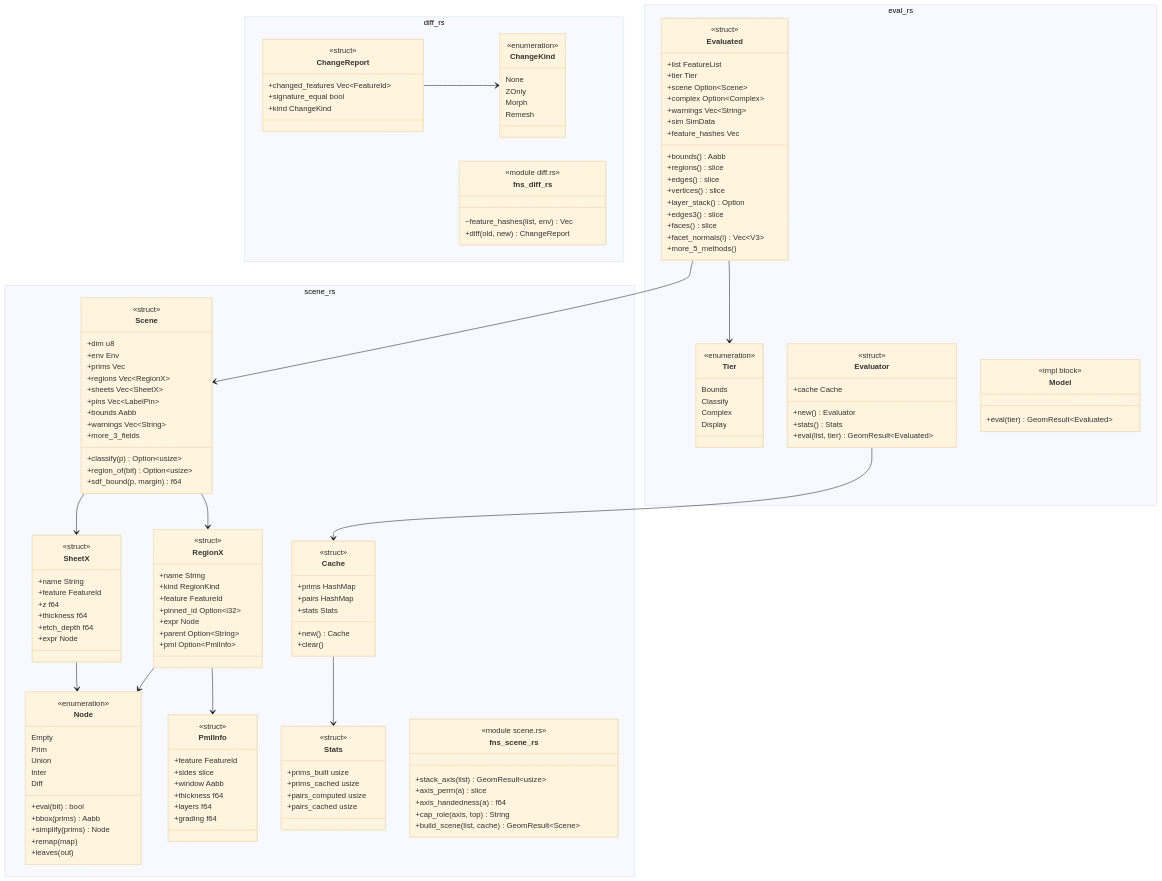
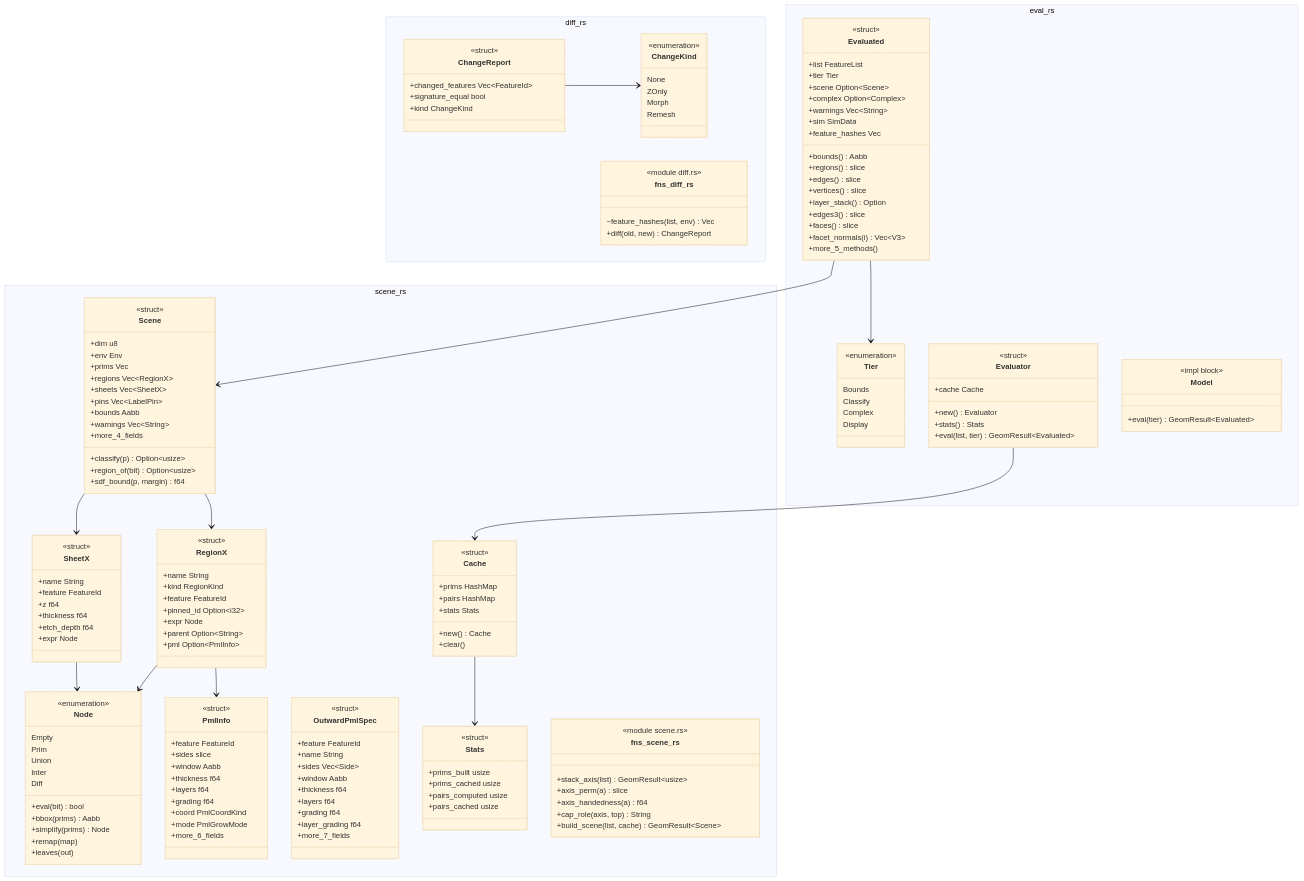
Before and after one commit to p-j-r/nyx: the diagram in docs/architecture/c4/4-code/geom/evaluation.md, drawn with Mermaid (base theme). The commit also changed other lines of this file and 110 other files, not shown here.

```diff
--- a/docs/architecture/c4/4-code/geom/evaluation.md
+++ b/docs/architecture/c4/4-code/geom/evaluation.md
@@ -127,6 +127,21 @@
         +thickness f64
         +layers f64
         +grading f64
+        +coord PmlCoordKind
+        +mode PmlGrowMode
+        +more_6_fields
+    }
+    class OutwardPmlSpec {
+        <<struct>>
+        +feature FeatureId
+        +name String
+        +sides Vec~Side~
+        +window Aabb
+        +thickness f64
+        +layers f64
+        +grading f64
+        +layer_grading f64
+        +more_7_fields
     }
     class RegionX {
         <<struct>>
@@ -157,7 +172,7 @@
         +pins Vec~LabelPin~
         +bounds Aabb
         +warnings Vec~String~
-        +more_3_fields
+        +more_4_fields
         +classify(p) Option~usize~
         +region_of(bit) Option~usize~
         +sdf_bound(p, margin) f64
```
